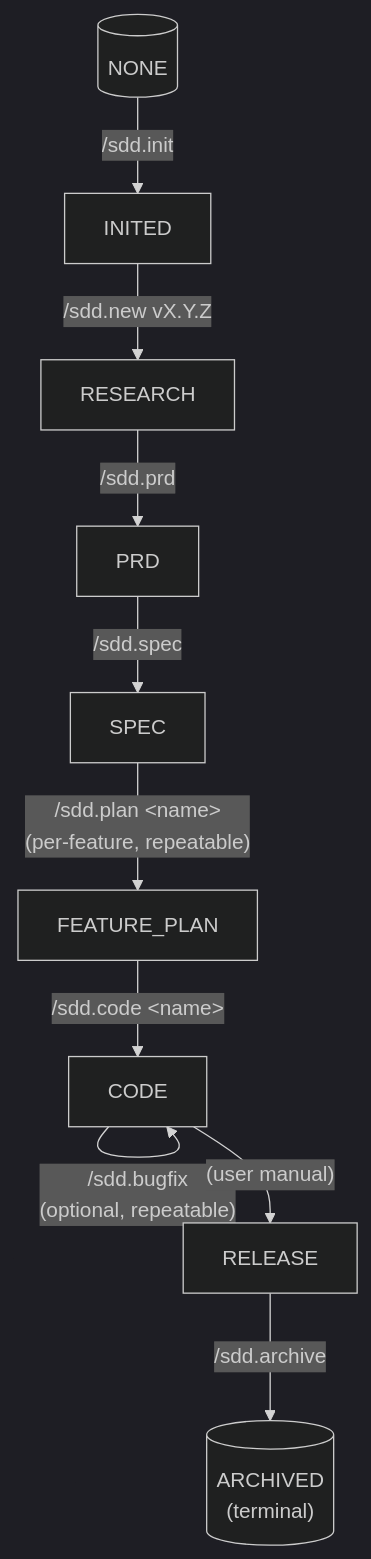
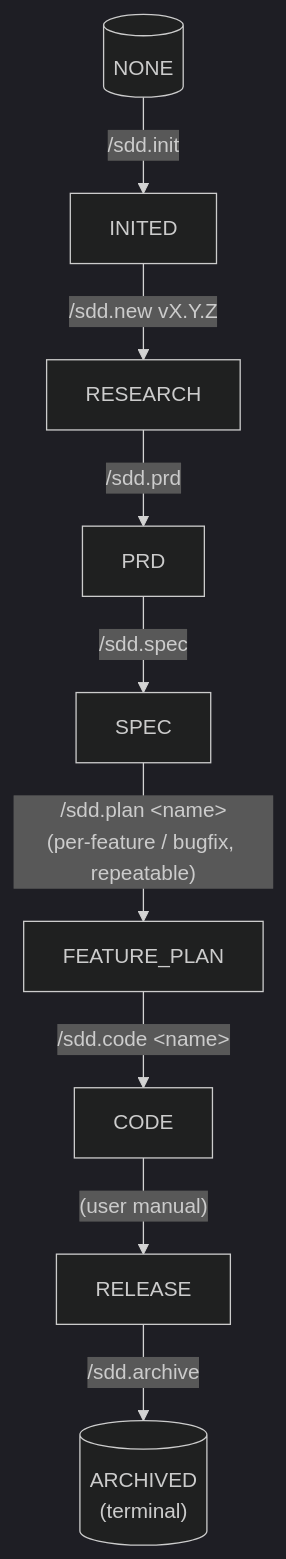
One commit to dachang364-tech/SDD-Land-Spec changed the diagram in docs/superpowers/specs/2026-07-07-sdd-codeagent-plugin-design.md. Above: the diagram before and after it, drawn with Mermaid (dark theme). The commit also changed other lines of this file, not shown here.

First line of the commit message:
去 /sdd.bugfix 命令：合并进统一变更流程

````diff
--- a/docs/superpowers/specs/2026-07-07-sdd-codeagent-plugin-design.md
+++ b/docs/superpowers/specs/2026-07-07-sdd-codeagent-plugin-design.md
@@ -99,12 +97,11 @@
 ```mermaid
 flowchart TD
     NONE[("NONE")] -- /sdd.init --> INITED["INITED"]
     INITED -- "/sdd.new vX.Y.Z" --> RESEARCH["RESEARCH"]
     RESEARCH -- /sdd.prd --> PRD["PRD"]
     PRD -- /sdd.spec --> SPEC["SPEC"]
-    SPEC -- "/sdd.plan &lt;name&gt;<br/>(per-feature, repeatable)" --> FEATURE_PLAN["FEATURE_PLAN"]
+    SPEC -- "/sdd.plan &lt;name&gt;<br/>(per-feature / bugfix, repeatable)" --> FEATURE_PLAN["FEATURE_PLAN"]
     FEATURE_PLAN -- "/sdd.code &lt;name&gt;" --> CODE["CODE"]
-    CODE -- "/sdd.bugfix<br/>(optional, repeatable)" --> CODE
     CODE -- "(user manual)" --> RELEASE["RELEASE"]
     RELEASE -- /sdd.archive --> ARCHIVED[("ARCHIVED<br/>(terminal)")]
 ```
````
